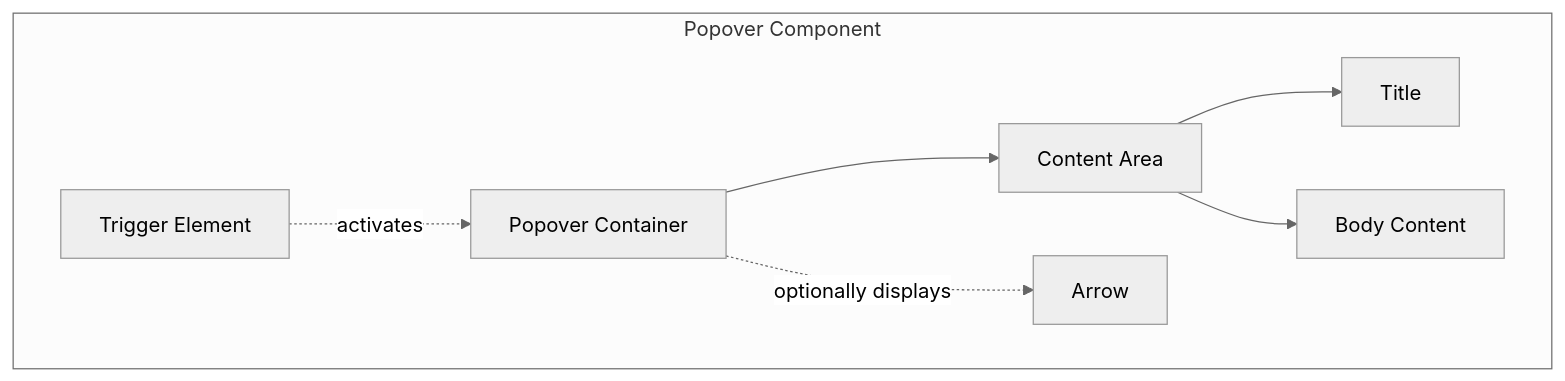
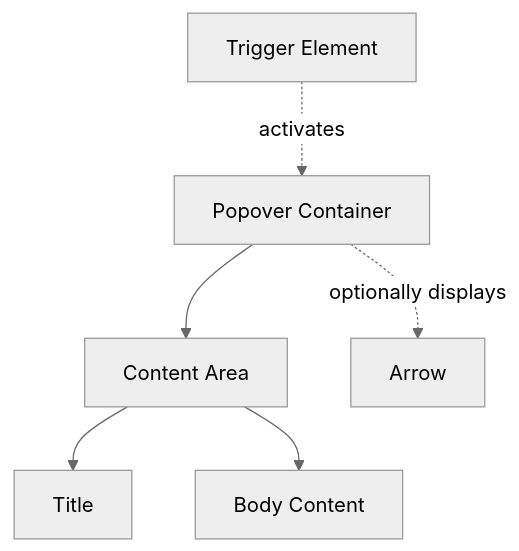
Before and after one commit to thedaviddias/ux-patterns-for-developers: the first of 2 diagrams in apps/web/content/patterns/content-management/popover.mdx, drawn with Mermaid (neutral theme). The commit also changed other lines of this file and 19 other files, not shown here.

````diff
--- a/apps/web/content/patterns/content-management/popover.mdx
+++ b/apps/web/content/patterns/content-management/popover.mdx
@@ -71,13 +71,8 @@
 ```mermaid
 flowchart TB
-subgraph Popover[Popover Component]
 A[Trigger Element] -.->|activates| B[Popover Container]
 B --> C[Content Area]
 B -.->|optionally displays| D[Arrow]
 C --> E[Title]
 C --> F[Body Content]
-
-classDef container stroke:#666,stroke-width:2px
-class Popover container
-end
 ```
````
